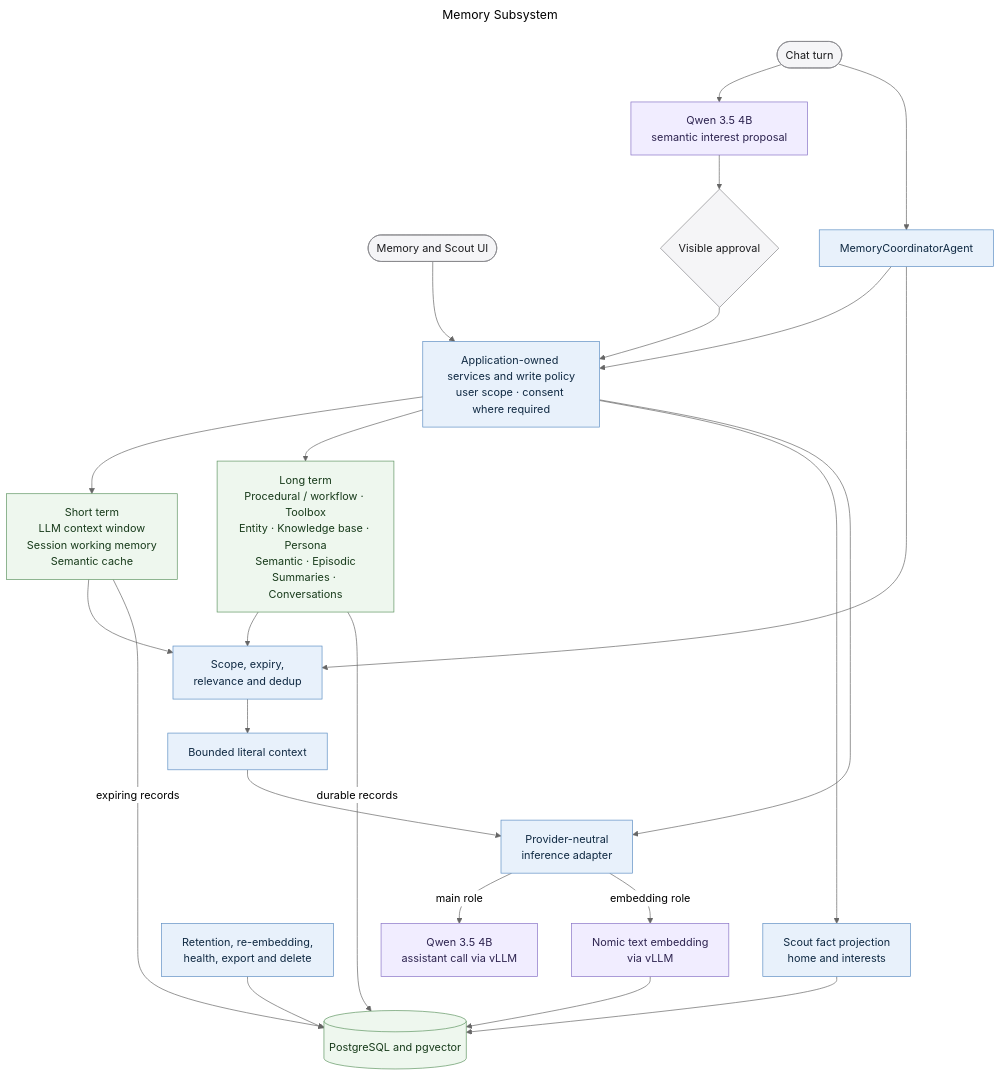
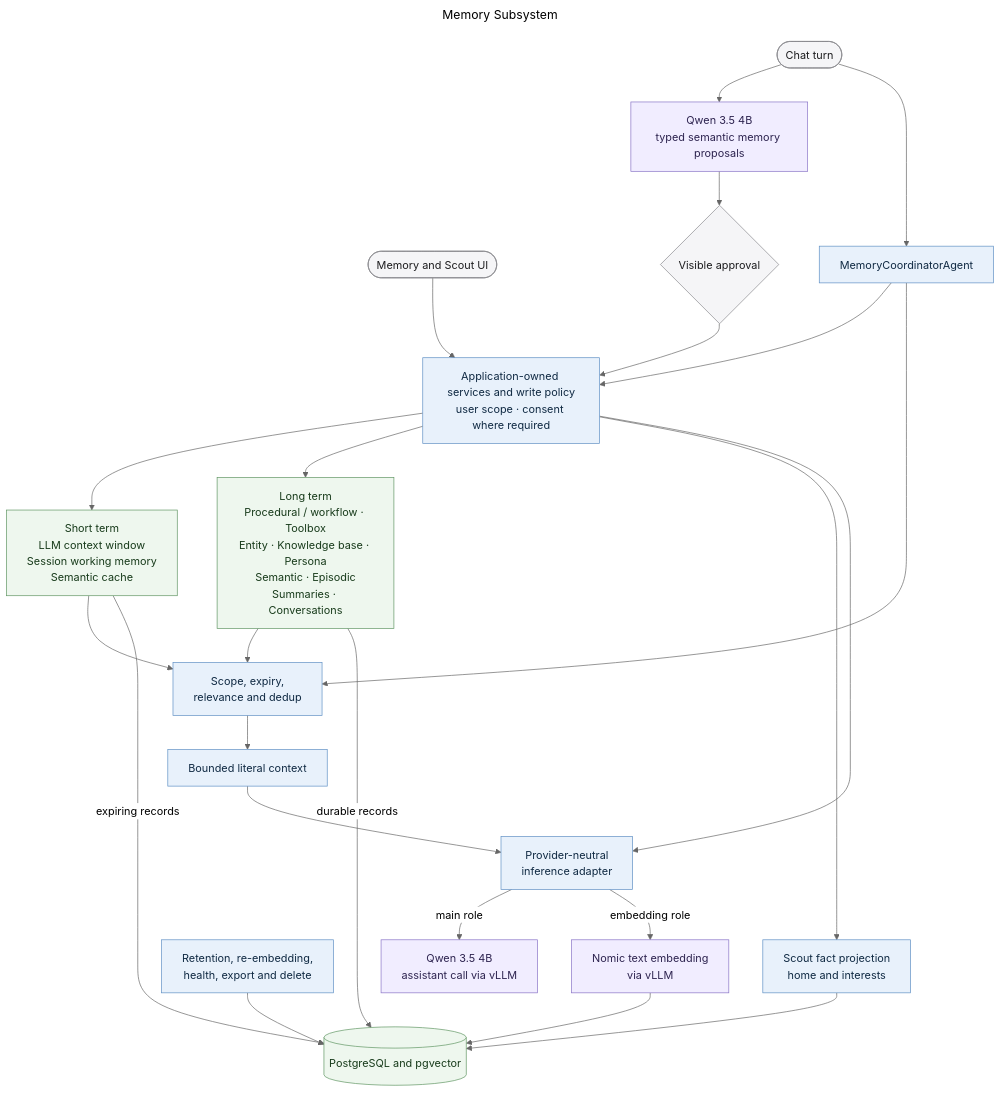
The diagram in docs/diagrams/memory-subsystem.mmd (MallyaAni/PersonalAssistant), drawn with Mermaid (neutral theme) before and after one commit. The commit also changed 25 other files, not shown here.

```diff
--- a/docs/diagrams/memory-subsystem.mmd
+++ b/docs/diagrams/memory-subsystem.mmd
@@ -1,51 +1,51 @@
 ---
 title: Memory Subsystem
 ---
 flowchart TB
     Chat([Chat turn])
     UI([Memory and Scout UI])
 
-    Proposal[Qwen 3.5 4B<br/>semantic interest proposal]
+    Proposal[Qwen 3.5 4B<br/>typed semantic memory proposals]
     Review{Visible approval}
     Coordinator[MemoryCoordinatorAgent]
     Services[Application-owned services and write policy<br/>user scope · consent where required]
     Retrieval[Scope, expiry,<br/>relevance and dedup]
     Context[Bounded literal context]
 
     Short[Short term<br/>LLM context window<br/>Session working memory<br/>Semantic cache]
     Long[Long term<br/>Procedural / workflow · Toolbox<br/>Entity · Knowledge base · Persona<br/>Semantic · Episodic<br/>Summaries · Conversations]
 
     Inference[Provider-neutral<br/>inference adapter]
     TextEmbed[Nomic text embedding<br/>via vLLM]
     Database[(PostgreSQL and pgvector)]
     Maintenance[Retention, re-embedding,<br/>health, export and delete]
     Discovery[Scout fact projection<br/>home and interests]
 
     Main[Qwen 3.5 4B<br/>assistant call via vLLM]
 
     Chat --> Proposal --> Review --> Services
     Chat --> Coordinator
     UI --> Services
     Coordinator --> Services
     Services --> Short
     Services --> Long
     Services --> Discovery --> Database
     Coordinator --> Retrieval
     Short --> Retrieval
     Long --> Retrieval
     Retrieval --> Context --> Inference
     Inference -->|main role| Main
     Services --> Inference
     Inference -->|embedding role| TextEmbed --> Database
     Short -->|expiring records| Database
     Long -->|durable records| Database
     Maintenance --> Database
 
     classDef interface fill:#f5f5f7,stroke:#86868b,color:#1d1d1f;
     classDef application fill:#e8f1fb,stroke:#5e8fc4,color:#102a43;
     classDef data fill:#eef7ee,stroke:#5f9562,color:#183b1b;
     classDef model fill:#f1edff,stroke:#8872c6,color:#2e2450;
     class Chat,UI,Review interface;
     class Coordinator,Services,Retrieval,Context,Inference,Maintenance,Discovery application;
     class Short,Long,Database data;
     class TextEmbed,Main,Proposal model;
```
